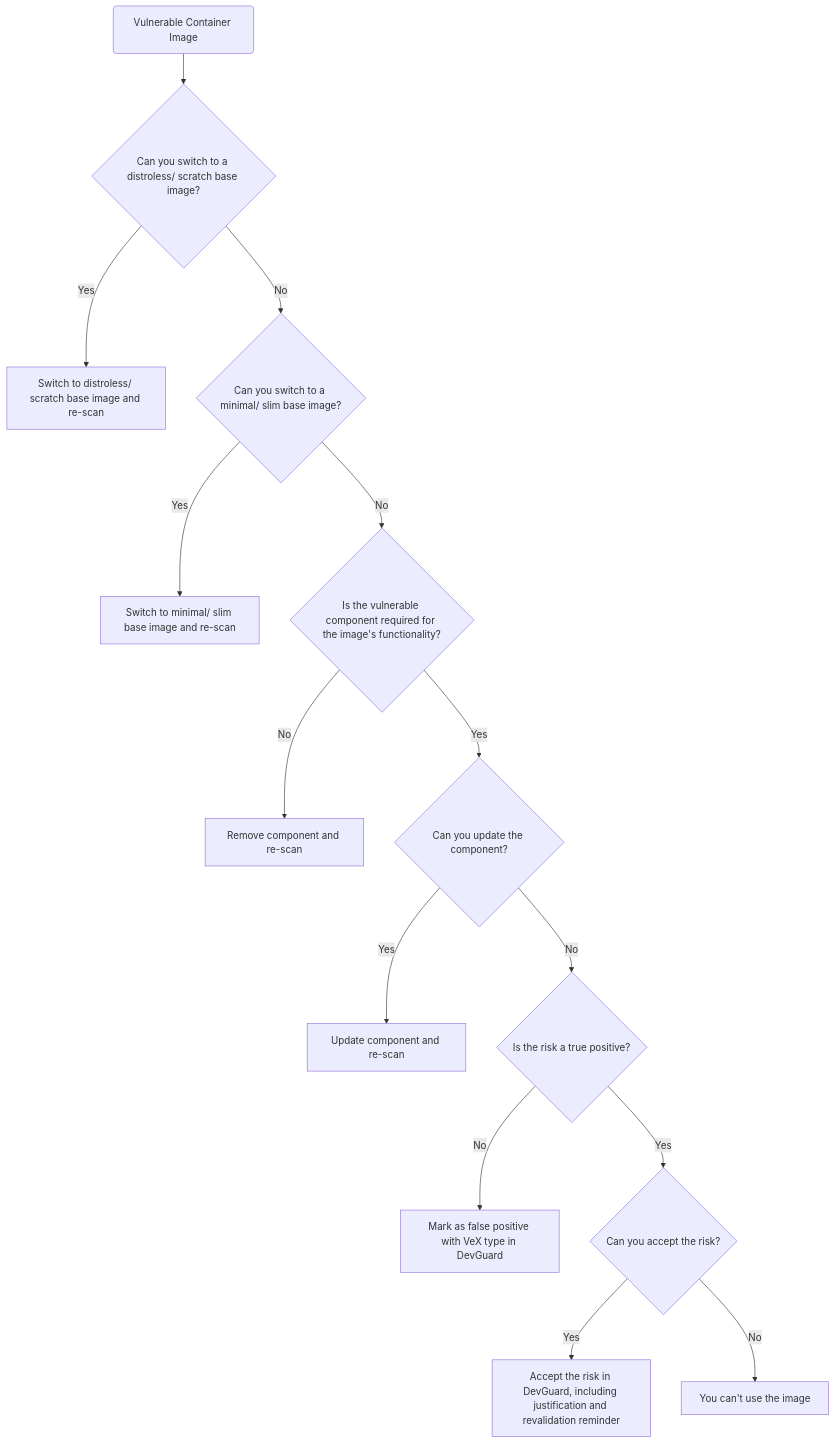
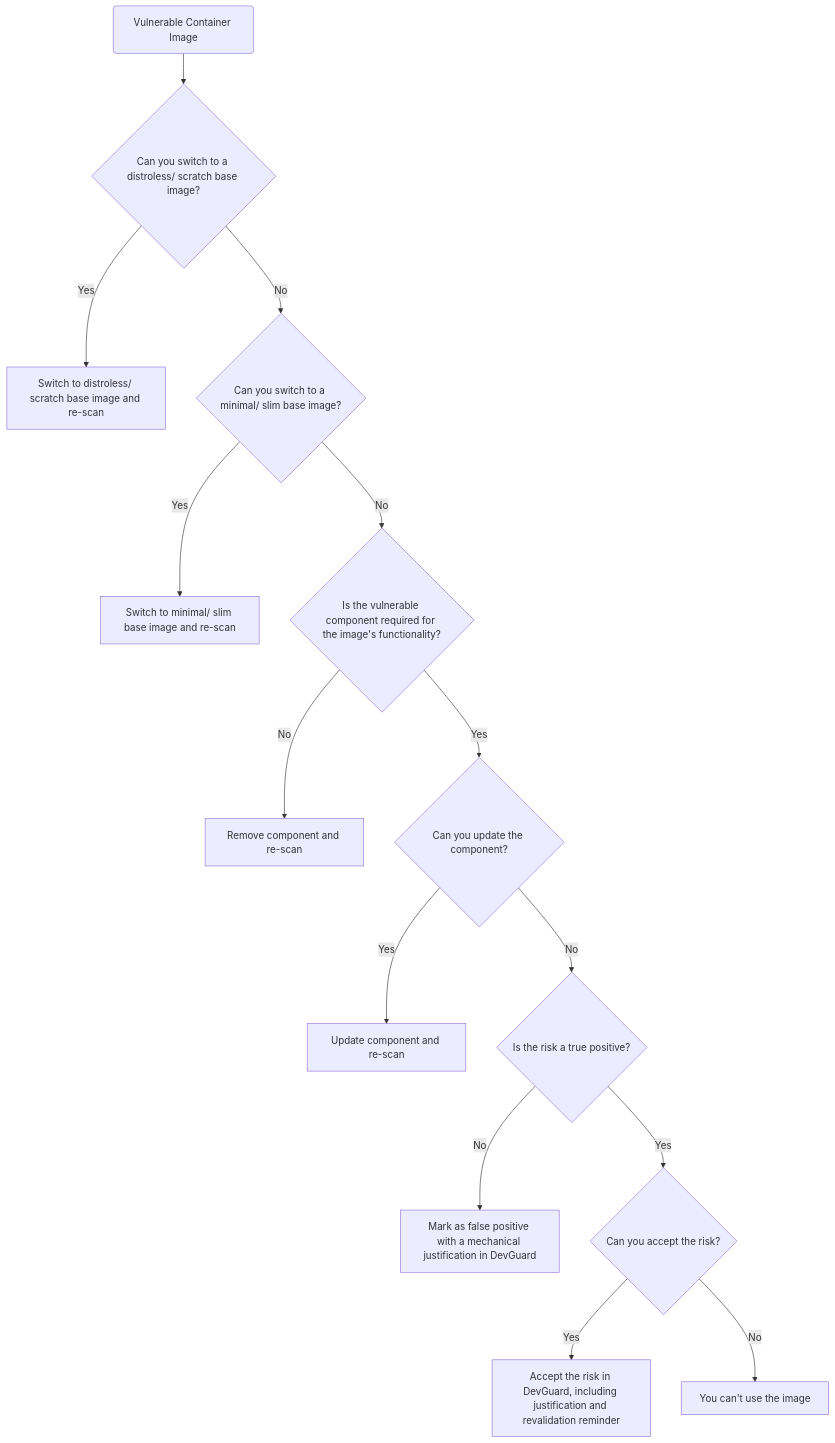
Before and after one commit to l3montree-dev/devguard-documentation: the diagram in src/pages/tutorials/container-hardening/cve-decision.mdx, drawn with Mermaid. The commit also changed other lines of this file and 43 other files, not shown here.

````diff
--- a/src/pages/tutorials/container-hardening/cve-decision.mdx
+++ b/src/pages/tutorials/container-hardening/cve-decision.mdx
@@ -27,17 +27,17 @@
 ```mermaid
 flowchart TD
    A(Vulnerable Container Image)
    A --> C{Can you switch to a distroless/ scratch base image?}
    C -->|Yes| D[Switch to distroless/ scratch base image and re-scan]
    C -->|No| E{Can you switch to a minimal/ slim base image?}
    E -->|Yes| F[Switch to minimal/ slim base image and re-scan]
    E -->|No| G{Is the vulnerable component required for the image's functionality?}
    G -->|No| H[Remove component and re-scan]
    G -->|Yes| I{Can you update the component?}
    I -->|Yes| J[Update component and re-scan]
    I -->|No| K{Is the risk a true positive?}
-   K -->|No| L[Mark as false positive with VeX type in DevGuard]
+   K -->|No| L[Mark as false positive with a mechanical justification in DevGuard]
    K -->|Yes| M{Can you accept the risk?}
    M -->|Yes| N[Accept the risk in DevGuard, including justification and revalidation reminder]
    M -->|No| O[You can't use the image]
 ```
````
